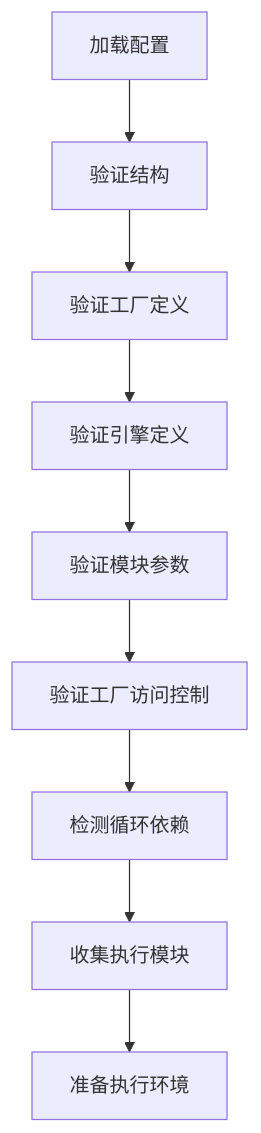
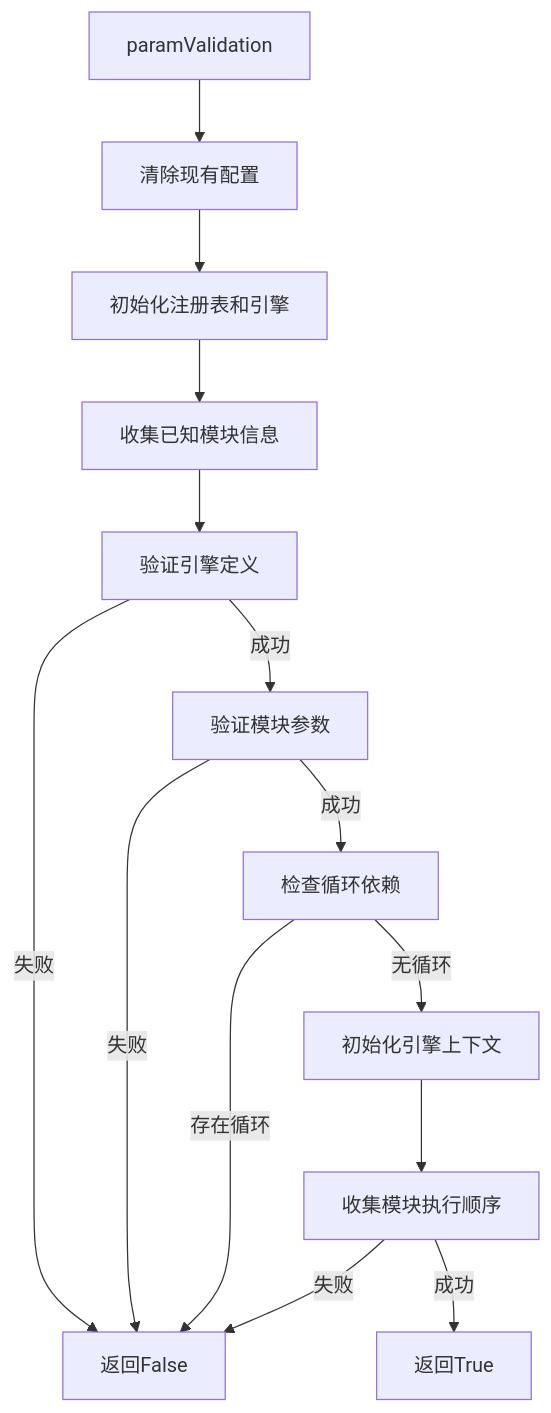
Before and after one commit to loong22/paraConfig: the fifth of 5 diagrams in doc.md, drawn with Mermaid. The commit also changed other lines of this file and 3 other files, not shown here.

````diff
--- a/doc.md
+++ b/doc.md
@@ -313,11 +339,16 @@
 ```mermaid
 flowchart TD
-    A[加载配置] --> B[验证结构]
-    B --> C[验证工厂定义]
-    C --> D[验证引擎定义]
-    D --> E[验证模块参数]
-    E --> F[验证工厂访问控制]
-    F --> G[检测循环依赖]
-    G --> H[收集执行模块]
-    H --> I[准备执行环境]
+    A[paramValidation] --> B[清除现有配置]
+    B --> C[初始化注册表和引擎]
+    C --> D[收集已知模块信息]
+    D --> E[验证引擎定义]
+    E -->|失败| F[返回False]
+    E -->|成功| G[验证模块参数]
+    G -->|失败| F
+    G -->|成功| H[检查循环依赖]
+    H -->|存在循环| F
+    H -->|无循环| I[初始化引擎上下文]
+    I --> J[收集模块执行顺序]
+    J -->|失败| F
+    J -->|成功| K[返回True]
 ```
````
